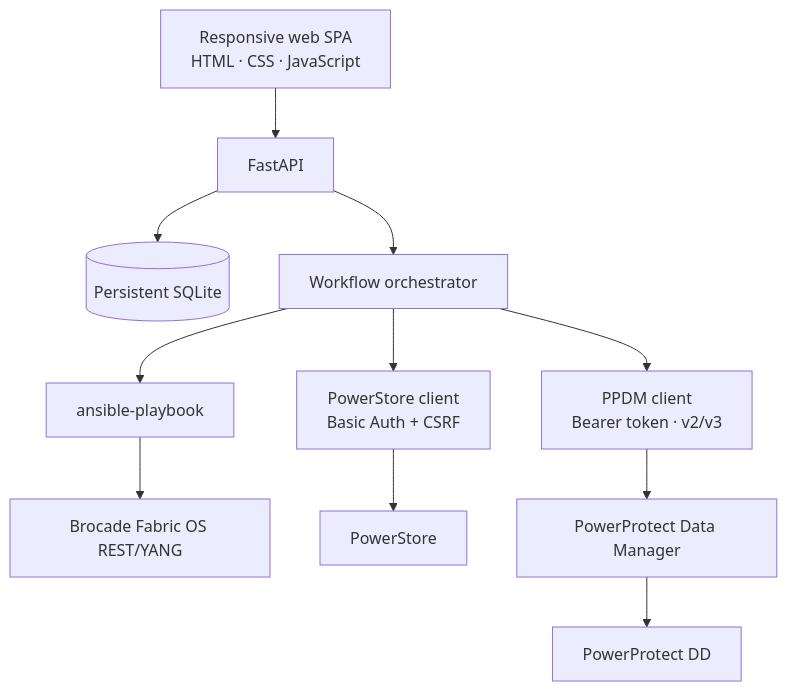
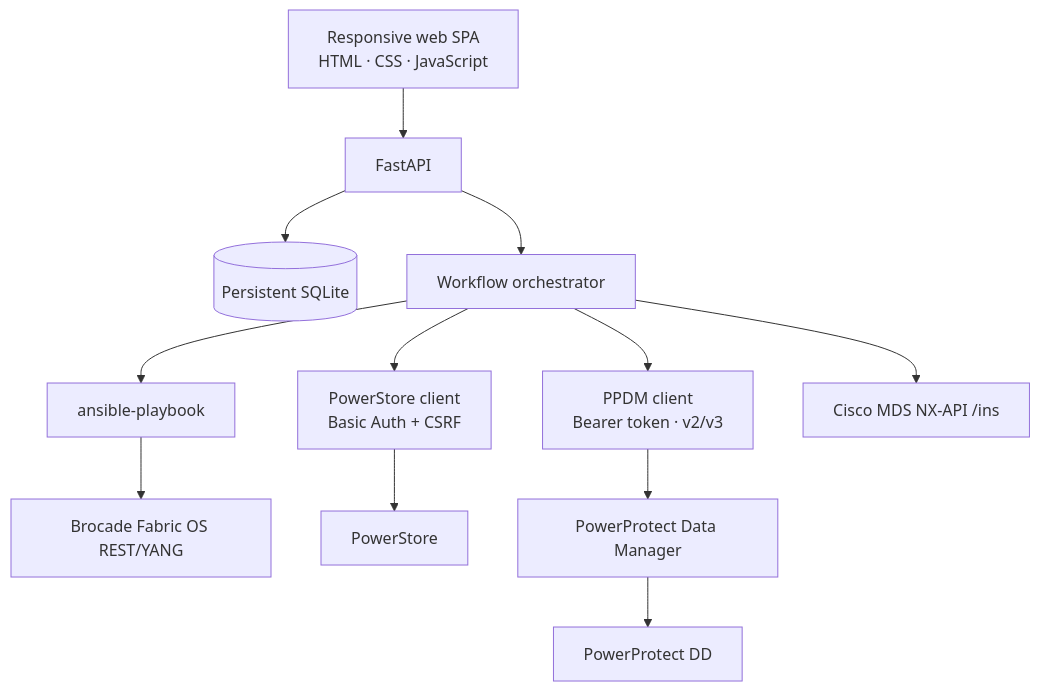
The fifth of 5 diagrams in README.md (AlessandroDaudt/Dell-PPDM-PowerStore), drawn with Mermaid before and after one commit. The commit also changed other lines of this file and 17 other files, not shown here.

Commit message:
feat: add Cisco MDS Fibre Channel zoning

````diff
--- a/README.md
+++ b/README.md
@@ -114,13 +124,14 @@
 ```mermaid
 flowchart TB
     UI[Responsive web SPA<br/>HTML · CSS · JavaScript] --> API[FastAPI]
     API --> DB[(Persistent SQLite)]
     API --> ORCH[Workflow orchestrator]
     ORCH --> PSC[PowerStore client<br/>Basic Auth + CSRF]
     ORCH --> PPC[PPDM client<br/>Bearer token · v2/v3]
     ORCH --> ANS[ansible-playbook]
     ANS --> FOS[Brocade Fabric OS REST/YANG]
+    ORCH --> MDS[Cisco MDS NX-API /ins]
     PSC --> PS[PowerStore]
     PPC --> PPDM[PowerProtect Data Manager]
     PPDM --> DD[PowerProtect DD]
 ```
````
